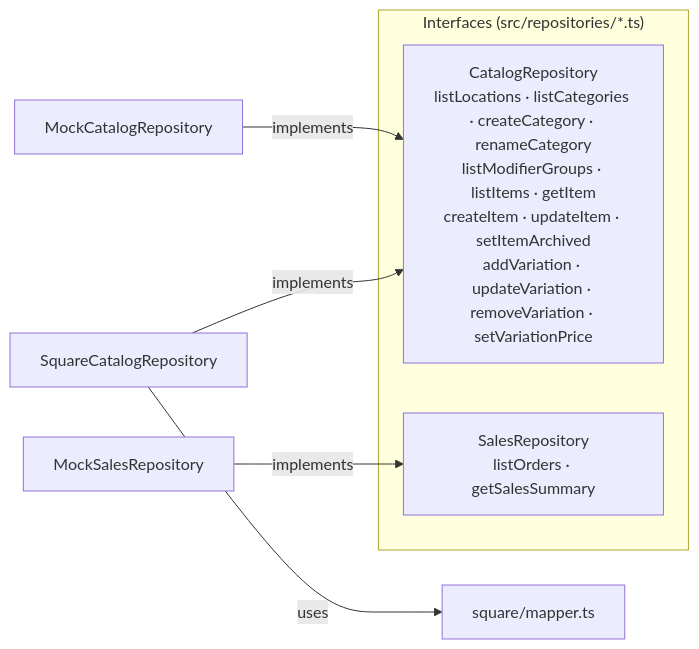
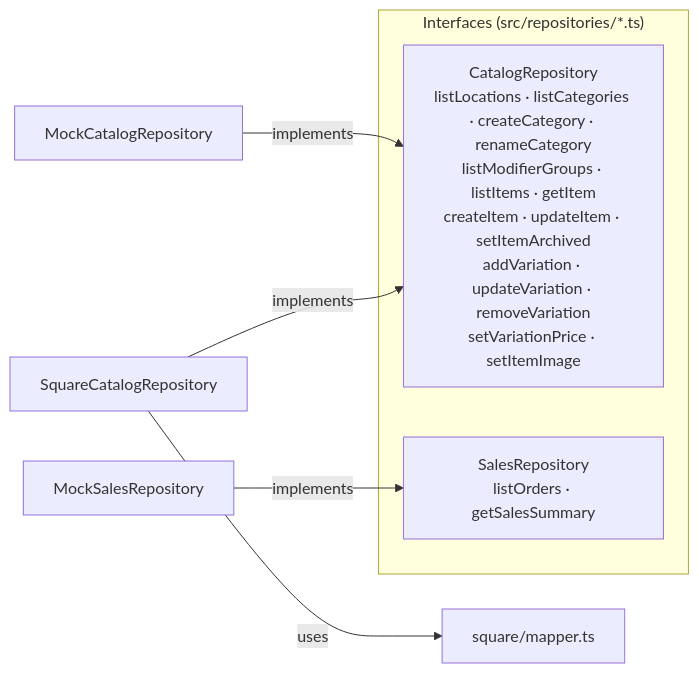
One commit to daniel-citrus/CapheVietPOS changed the fourth of 6 diagrams in ARCHITECTURE.md. Above: the diagram before and after it, drawn with Mermaid. The commit also changed other lines of this file and 12 other files, not shown here.

````diff
--- a/ARCHITECTURE.md
+++ b/ARCHITECTURE.md
@@ -286,16 +289,16 @@
 ```mermaid
 flowchart LR
   subgraph IFACES["Interfaces (src/repositories/*.ts)"]
-    CR["CatalogRepository<br/>listLocations · listCategories · createCategory · renameCategory<br/>listModifierGroups · listItems · getItem<br/>createItem · updateItem · setItemArchived<br/>addVariation · updateVariation · removeVariation · setVariationPrice"]
+    CR["CatalogRepository<br/>listLocations · listCategories · createCategory · renameCategory<br/>listModifierGroups · listItems · getItem<br/>createItem · updateItem · setItemArchived<br/>addVariation · updateVariation · removeVariation<br/>setVariationPrice · setItemImage"]
     SR["SalesRepository<br/>listOrders · getSalesSummary"]
   end
   MOCKC["MockCatalogRepository"]
   SQRC["SquareCatalogRepository"]
   MAPX["square/mapper.ts"]
   MOCKS["MockSalesRepository"]
 
   MOCKC -->|implements| CR
   SQRC -->|implements| CR
   SQRC -->|uses| MAPX
   MOCKS -->|implements| SR
 ```
````
